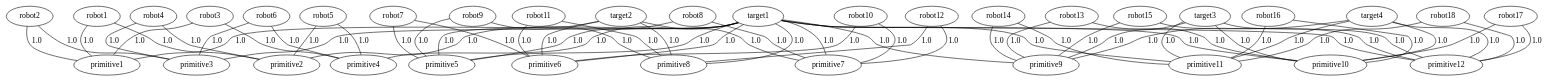
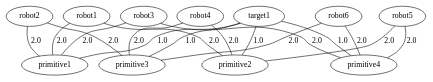
The diagram in max_min_lp_visualization/log/general_graph.dot (raaslab/multi-robot_task_allocation), drawn with Graphviz before and after one commit. The commit also changed 48 other files, not shown here.

```diff
--- a/max_min_lp_visualization/log/general_graph.dot
+++ b/max_min_lp_visualization/log/general_graph.dot
@@ -1,158 +1,47 @@
 strict graph {
 	graph [bb="0,0,0,0"];
 	node [label="\N"];
-	robot1	 [pos="-1275.000000,75.000000)"];
-	primitive1	 [pos="-825.000000,0.000000)"];
-	robot1 -- primitive1	 [label=1.0,
-		weight=1.0];
-	primitive2	 [pos="-675.000000,0.000000)"];
-	robot1 -- primitive2	 [label=1.0,
-		weight=1.0];
-	robot2	 [pos="-1125.000000,75.000000)"];
-	robot2 -- primitive1	 [label=1.0,
-		weight=1.0];
-	primitive3	 [pos="-525.000000,0.000000)"];
-	robot2 -- primitive3	 [label=1.0,
-		weight=1.0];
-	robot3	 [pos="-975.000000,75.000000)"];
-	robot3 -- primitive1	 [label=1.0,
-		weight=1.0];
-	primitive4	 [pos="-375.000000,0.000000)"];
-	robot3 -- primitive4	 [label=1.0,
-		weight=1.0];
-	robot4	 [pos="-825.000000,75.000000)"];
-	robot4 -- primitive2	 [label=1.0,
-		weight=1.0];
-	robot4 -- primitive3	 [label=1.0,
-		weight=1.0];
-	robot5	 [pos="-675.000000,75.000000)"];
-	robot5 -- primitive2	 [label=1.0,
-		weight=1.0];
-	robot5 -- primitive4	 [label=1.0,
-		weight=1.0];
-	robot6	 [pos="-525.000000,75.000000)"];
-	robot6 -- primitive3	 [label=1.0,
-		weight=1.0];
-	robot6 -- primitive4	 [label=1.0,
-		weight=1.0];
-	robot7	 [pos="-375.000000,75.000000)"];
-	primitive5	 [pos="-225.000000,0.000000)"];
-	robot7 -- primitive5	 [label=1.0,
-		weight=1.0];
-	primitive6	 [pos="-75.000000,0.000000)"];
-	robot7 -- primitive6	 [label=1.0,
-		weight=1.0];
-	robot8	 [pos="-225.000000,75.000000)"];
-	robot8 -- primitive5	 [label=1.0,
-		weight=1.0];
-	primitive7	 [pos="75.000000,0.000000)"];
-	robot8 -- primitive7	 [label=1.0,
-		weight=1.0];
-	robot9	 [pos="-75.000000,75.000000)"];
-	robot9 -- primitive5	 [label=1.0,
-		weight=1.0];
-	primitive8	 [pos="225.000000,0.000000)"];
-	robot9 -- primitive8	 [label=1.0,
-		weight=1.0];
-	robot10	 [pos="75.000000,75.000000)"];
-	robot10 -- primitive6	 [label=1.0,
-		weight=1.0];
-	robot10 -- primitive7	 [label=1.0,
-		weight=1.0];
-	robot11	 [pos="225.000000,75.000000)"];
-	robot11 -- primitive6	 [label=1.0,
-		weight=1.0];
-	robot11 -- primitive8	 [label=1.0,
-		weight=1.0];
-	robot12	 [pos="375.000000,75.000000)"];
-	robot12 -- primitive7	 [label=1.0,
-		weight=1.0];
-	robot12 -- primitive8	 [label=1.0,
-		weight=1.0];
-	robot13	 [pos="525.000000,75.000000)"];
-	primitive9	 [pos="375.000000,0.000000)"];
-	robot13 -- primitive9	 [label=1.0,
-		weight=1.0];
-	primitive10	 [pos="525.000000,0.000000)"];
-	robot13 -- primitive10	 [label=1.0,
-		weight=1.0];
-	robot14	 [pos="675.000000,75.000000)"];
-	robot14 -- primitive9	 [label=1.0,
-		weight=1.0];
-	primitive11	 [pos="675.000000,0.000000)"];
-	robot14 -- primitive11	 [label=1.0,
-		weight=1.0];
-	robot15	 [pos="825.000000,75.000000)"];
-	robot15 -- primitive9	 [label=1.0,
-		weight=1.0];
-	primitive12	 [pos="825.000000,0.000000)"];
-	robot15 -- primitive12	 [label=1.0,
-		weight=1.0];
-	robot16	 [pos="975.000000,75.000000)"];
-	robot16 -- primitive10	 [label=1.0,
-		weight=1.0];
-	robot16 -- primitive11	 [label=1.0,
-		weight=1.0];
-	robot17	 [pos="1125.000000,75.000000)"];
-	robot17 -- primitive10	 [label=1.0,
-		weight=1.0];
-	robot17 -- primitive12	 [label=1.0,
-		weight=1.0];
-	robot18	 [pos="1275.000000,75.000000)"];
-	robot18 -- primitive11	 [label=1.0,
-		weight=1.0];
-	robot18 -- primitive12	 [label=1.0,
-		weight=1.0];
-	target1	 [pos="-225.000000,-75.000000)"];
+	robot1	 [pos="-375.000000,75.000000)"];
+	primitive1	 [pos="-225.000000,0.000000)"];
+	robot1 -- primitive1	 [label=2.0,
+		weight=2.0];
+	primitive2	 [pos="-75.000000,0.000000)"];
+	robot1 -- primitive2	 [label=2.0,
+		weight=2.0];
+	robot2	 [pos="-225.000000,75.000000)"];
+	robot2 -- primitive1	 [label=2.0,
+		weight=2.0];
+	primitive3	 [pos="75.000000,0.000000)"];
+	robot2 -- primitive3	 [label=2.0,
+		weight=2.0];
+	robot3	 [pos="-75.000000,75.000000)"];
+	robot3 -- primitive1	 [label=2.0,
+		weight=2.0];
+	primitive4	 [pos="225.000000,0.000000)"];
+	robot3 -- primitive4	 [label=2.0,
+		weight=2.0];
+	robot4	 [pos="75.000000,75.000000)"];
+	robot4 -- primitive2	 [label=2.0,
+		weight=2.0];
+	robot4 -- primitive3	 [label=2.0,
+		weight=2.0];
+	robot5	 [pos="225.000000,75.000000)"];
+	robot5 -- primitive2	 [label=2.0,
+		weight=2.0];
+	robot5 -- primitive4	 [label=2.0,
+		weight=2.0];
+	robot6	 [pos="375.000000,75.000000)"];
+	robot6 -- primitive3	 [label=2.0,
+		weight=2.0];
+	robot6 -- primitive4	 [label=2.0,
+		weight=2.0];
+	target1	 [pos="0.000000,-75.000000)"];
 	target1 -- primitive1	 [label=1.0,
 		weight=1.0];
 	target1 -- primitive2	 [label=1.0,
 		weight=1.0];
 	target1 -- primitive3	 [label=1.0,
 		weight=1.0];
 	target1 -- primitive4	 [label=1.0,
 		weight=1.0];
-	target1 -- primitive5	 [label=1.0,
-		weight=1.0];
-	target1 -- primitive6	 [label=1.0,
-		weight=1.0];
-	target1 -- primitive7	 [label=1.0,
-		weight=1.0];
-	target1 -- primitive8	 [label=1.0,
-		weight=1.0];
-	target1 -- primitive9	 [label=1.0,
-		weight=1.0];
-	target1 -- primitive10	 [label=1.0,
-		weight=1.0];
-	target1 -- primitive11	 [label=1.0,
-		weight=1.0];
-	target1 -- primitive12	 [label=1.0,
-		weight=1.0];
-	target2	 [pos="-75.000000,-75.000000)"];
-	target2 -- primitive5	 [label=1.0,
-		weight=1.0];
-	target2 -- primitive6	 [label=1.0,
-		weight=1.0];
-	target2 -- primitive7	 [label=1.0,
-		weight=1.0];
-	target2 -- primitive8	 [label=1.0,
-		weight=1.0];
-	target3	 [pos="75.000000,-75.000000)"];
-	target3 -- primitive9	 [label=1.0,
-		weight=1.0];
-	target3 -- primitive10	 [label=1.0,
-		weight=1.0];
-	target3 -- primitive11	 [label=1.0,
-		weight=1.0];
-	target3 -- primitive12	 [label=1.0,
-		weight=1.0];
-	target4	 [pos="225.000000,-75.000000)"];
-	target4 -- primitive9	 [label=1.0,
-		weight=1.0];
-	target4 -- primitive10	 [label=1.0,
-		weight=1.0];
-	target4 -- primitive11	 [label=1.0,
-		weight=1.0];
-	target4 -- primitive12	 [label=1.0,
-		weight=1.0];
 }
```
